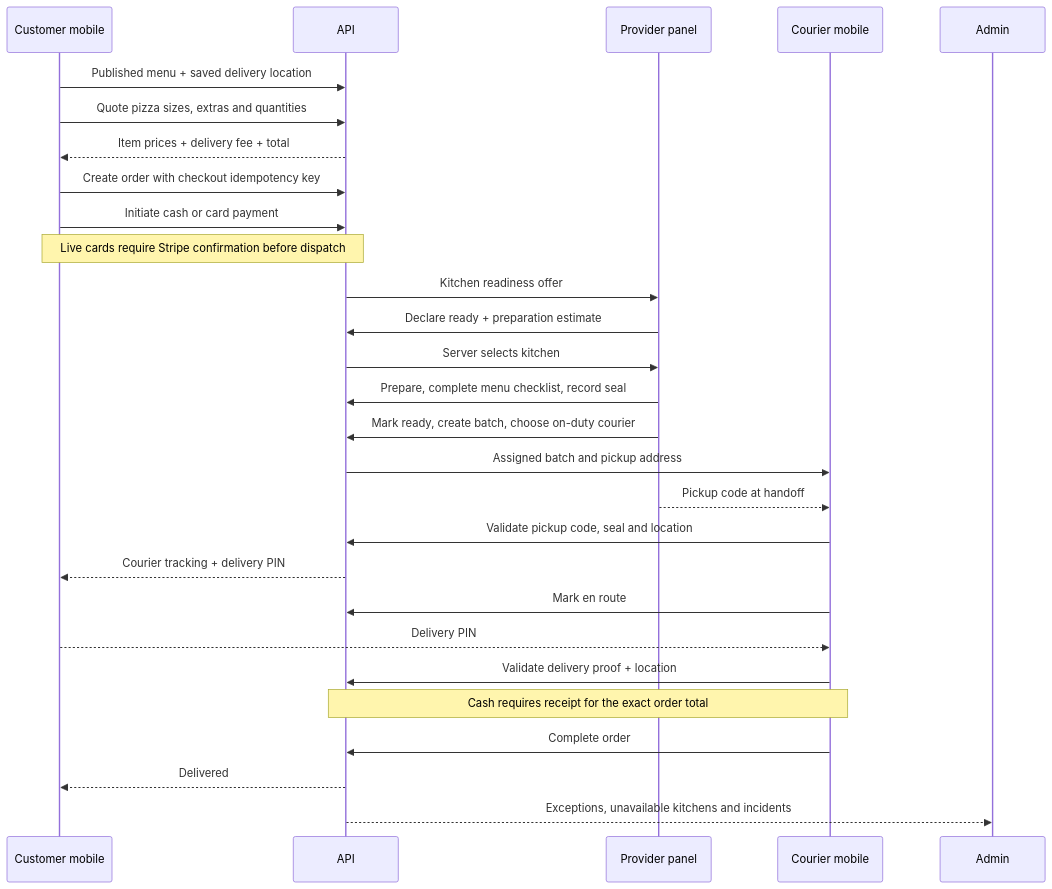
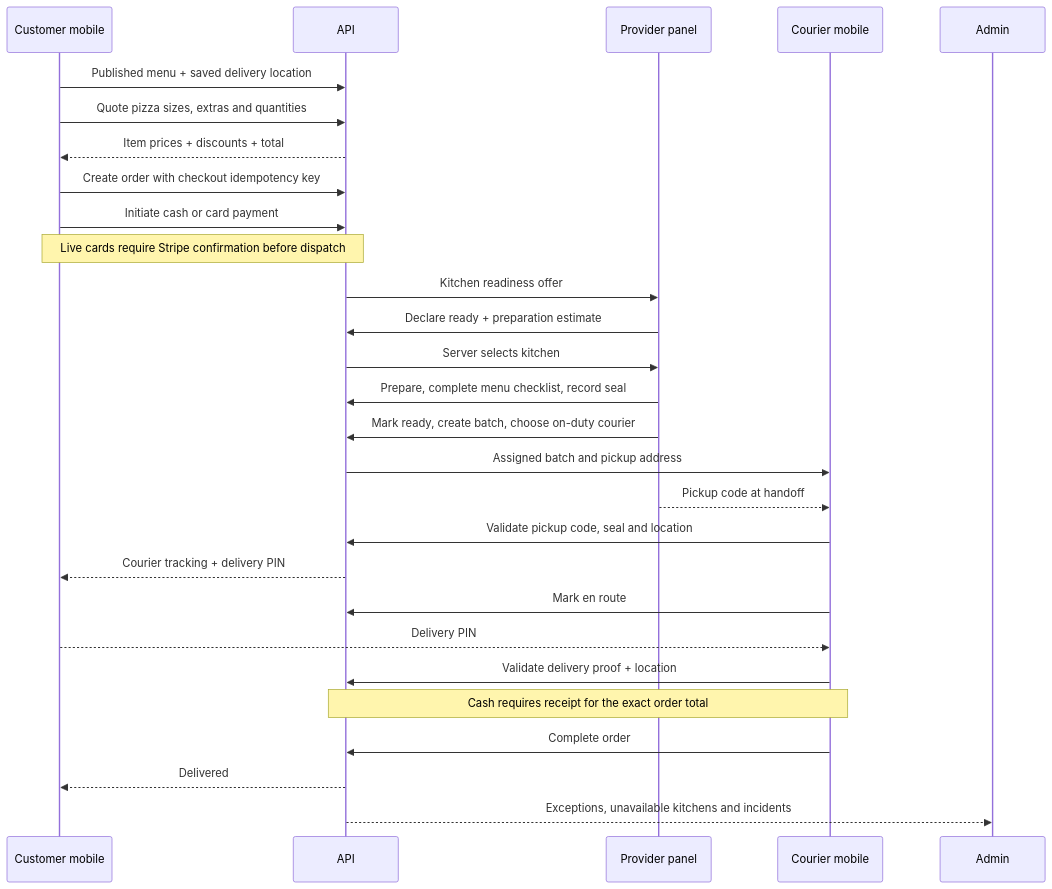
The diagram in docs/ORDER-FLOW.md (hoseinherz-spec/YesPiz), drawn with Mermaid before and after one commit. The commit also changed other lines of this file and 211 other files, not shown here.

````diff
--- a/docs/ORDER-FLOW.md
+++ b/docs/ORDER-FLOW.md
@@ -6,30 +6,30 @@
 ```mermaid
 sequenceDiagram
   participant C as Customer mobile
   participant A as API
   participant K as Provider panel
   participant D as Courier mobile
   participant O as Admin
   C->>A: Published menu + saved delivery location
   C->>A: Quote pizza sizes, extras and quantities
-  A-->>C: Item prices + delivery fee + total
+  A-->>C: Item prices + discounts + total
   C->>A: Create order with checkout idempotency key
   C->>A: Initiate cash or card payment
   Note over C,A: Live cards require Stripe confirmation before dispatch
   A->>K: Kitchen readiness offer
   K->>A: Declare ready + preparation estimate
   A->>K: Server selects kitchen
   K->>A: Prepare, complete menu checklist, record seal
   K->>A: Mark ready, create batch, choose on-duty courier
   A->>D: Assigned batch and pickup address
   K-->>D: Pickup code at handoff
   D->>A: Validate pickup code, seal and location
   A-->>C: Courier tracking + delivery PIN
   D->>A: Mark en route
   C-->>D: Delivery PIN
   D->>A: Validate delivery proof + location
   Note over D,A: Cash requires receipt for the exact order total
   D->>A: Complete order
   A-->>C: Delivered
   A-->>O: Exceptions, unavailable kitchens and incidents
 ```
````
